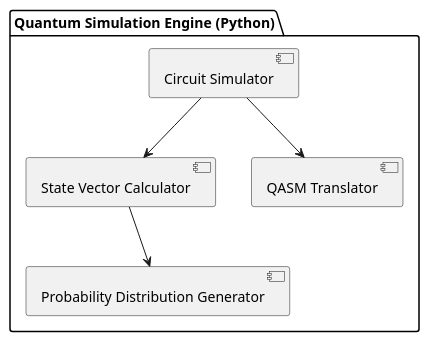
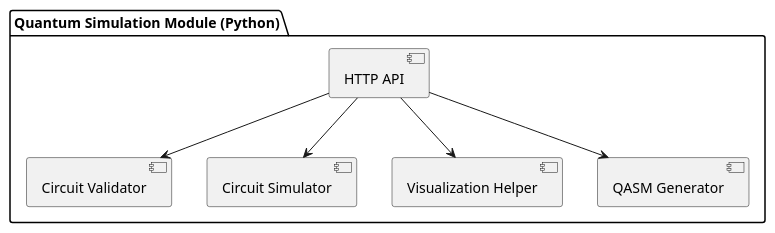
One commit to snark87/vibe-coding-experiment changed the seventh of 11 diagrams in docs/high_level_architecture.md. Above: the diagram before and after it, drawn with PlantUML. The commit also changed other lines of this file and 1 other file, not shown here.

First line of the commit message:
docs: Address review comments in high-level architecture document

````diff
--- a/docs/high_level_architecture.md
+++ b/docs/high_level_architecture.md
@@ -241,14 +312,16 @@
 ```puml
 @startuml
-package "Quantum Simulation Engine (Python)" {
+package "Quantum Simulation Module (Python)" {
+  [HTTP API] as API
+  [Circuit Validator] as Validator
   [Circuit Simulator] as Simulator
-  [State Vector Calculator] as StateCalc
-  [Probability Distribution Generator] as ProbGen
-  [QASM Translator] as QASMTrans
+  [Visualization Helper] as Visualizer
+  [QASM Generator] as QASMGen
   
-  Simulator --> StateCalc
-  StateCalc --> ProbGen
-  Simulator --> QASMTrans
+  API --> Validator
+  API --> Simulator
+  API --> Visualizer
+  API --> QASMGen
 }
 @enduml
 ```
````
